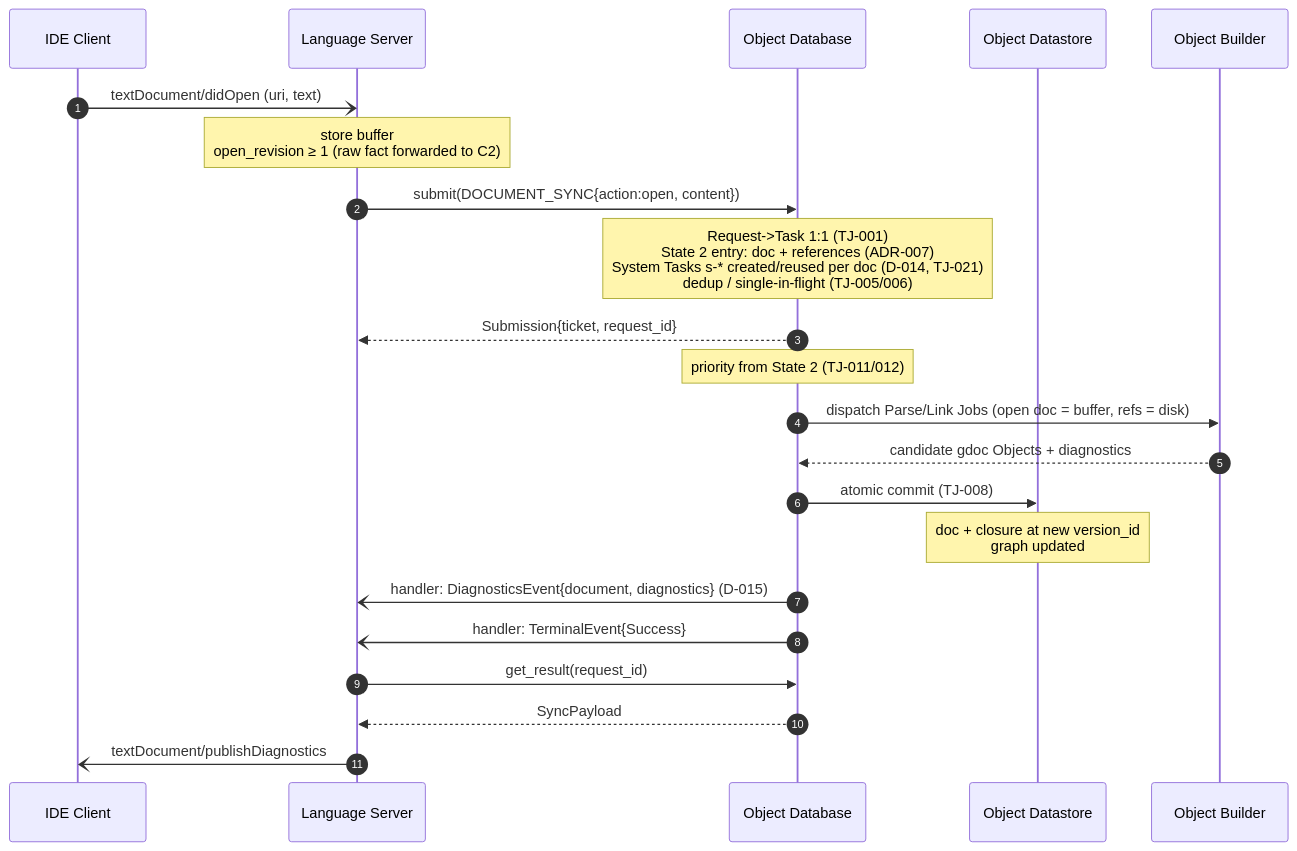
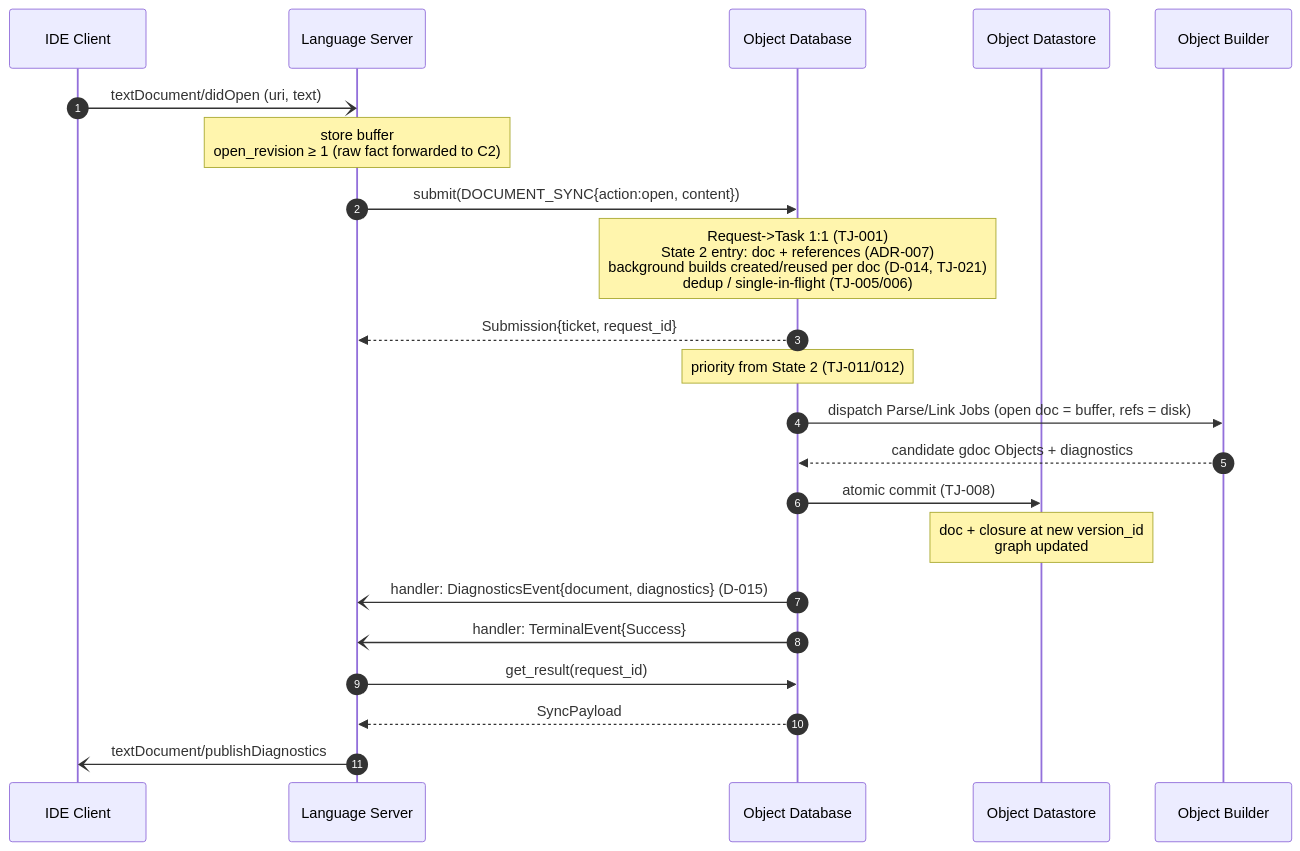
Before and after one commit to tyskdm/gdoc: the diagram in docs/architecture/gdocServer/usecases/UC-002_OpenText.md, drawn with Mermaid. The commit also changed other lines of this file and 10 other files, not shown here.

````diff
--- a/docs/architecture/gdocServer/usecases/UC-002_OpenText.md
+++ b/docs/architecture/gdocServer/usecases/UC-002_OpenText.md
@@ -186,25 +186,25 @@
 ```mermaid
 sequenceDiagram
     autonumber
     participant IDE as IDE Client
     participant C1 as Language Server
     participant C2 as Object Database
     participant C3 as Object Datastore
     participant C4 as Object Builder
 
     IDE-)C1: textDocument/didOpen (uri, text)
     Note over C1: store buffer<br>open_revision ≥ 1 (raw fact forwarded to C2)
     C1->>C2: submit(DOCUMENT_SYNC{action:open, content})
-    Note over C2: Request->Task 1:1 (TJ-001)<br>State 2 entry: doc + references (ADR-007)<br>System Tasks s-* created/reused per doc (D-014, TJ-021)<br>dedup / single-in-flight (TJ-005/006)
+    Note over C2: Request->Task 1:1 (TJ-001)<br>State 2 entry: doc + references (ADR-007)<br>background builds created/reused per doc (D-014, TJ-021)<br>dedup / single-in-flight (TJ-005/006)
     C2-->>C1: Submission{ticket, request_id}
     Note over C2: priority from State 2 (TJ-011/012)
     C2->>C4: dispatch Parse/Link Jobs (open doc = buffer, refs = disk)
     C4-->>C2: candidate gdoc Objects + diagnostics
     C2->>C3: atomic commit (TJ-008)
     Note over C3: doc + closure at new version_id<br>graph updated
     C2-)C1: handler: DiagnosticsEvent{document, diagnostics} (D-015)
     C2-)C1: handler: TerminalEvent{Success}
     C1->>C2: get_result(request_id)
     C2-->>C1: SyncPayload
     C1-)IDE: textDocument/publishDiagnostics
 ```
````
